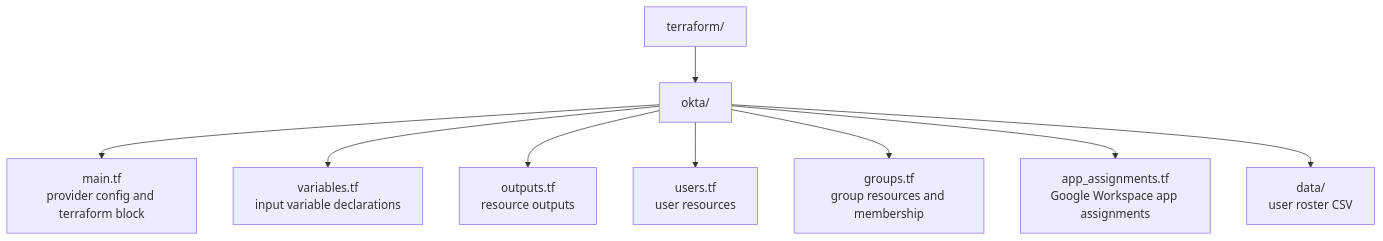
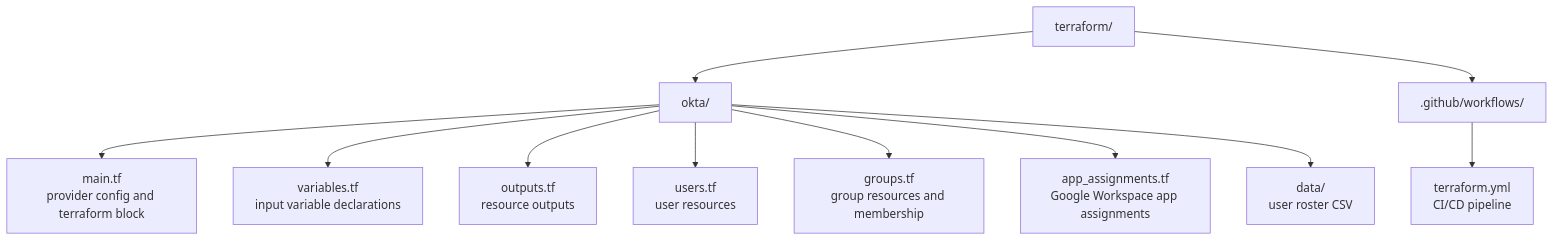
One commit to neilchvz/cairahq-platform changed the diagram in terraform/README.md. Above: the diagram before and after it, drawn with Mermaid. The commit also changed other lines of this file, not shown here.

Commit message:
updated readme to add CI/CD pipeline workfow

````diff
--- a/terraform/README.md
+++ b/terraform/README.md
@@ -11,12 +11,14 @@
 ```mermaid
 graph TD
     TF[terraform/]
     TF --> Okta[okta/]
     Okta --> A[main.tf<br/>provider config and terraform block]
     Okta --> B[variables.tf<br/>input variable declarations]
     Okta --> C[outputs.tf<br/>resource outputs]
     Okta --> D[users.tf<br/>user resources]
     Okta --> E[groups.tf<br/>group resources and membership]
     Okta --> F[app_assignments.tf<br/>Google Workspace app assignments]
     Okta --> G[data/<br/>user roster CSV]
+    TF --> GH[.github/workflows/]
+    GH --> H[terraform.yml<br/>CI/CD pipeline]
 ```
````
